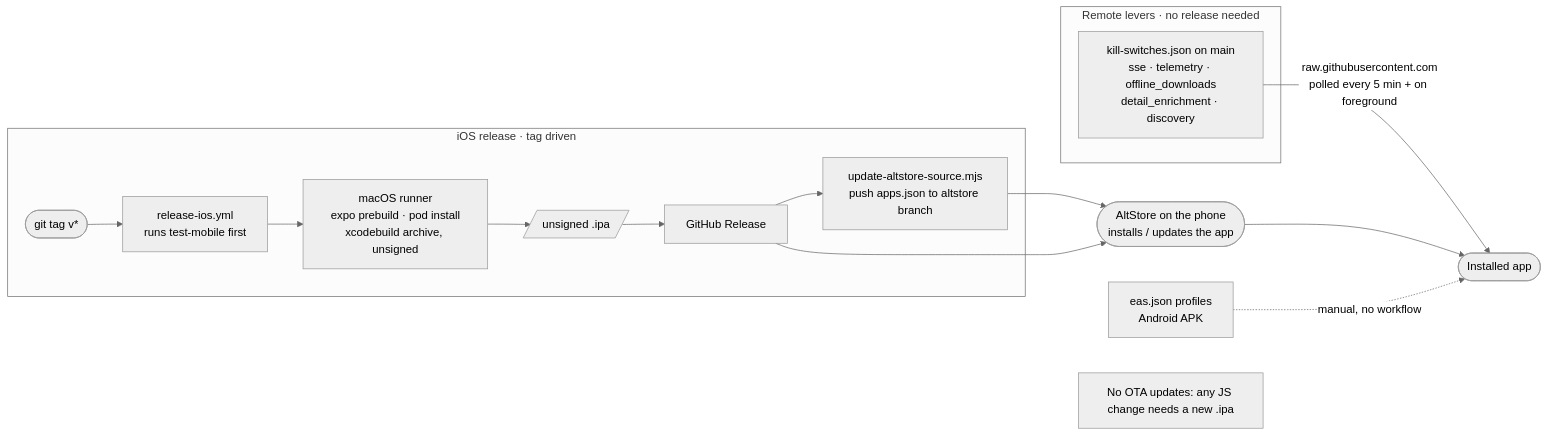
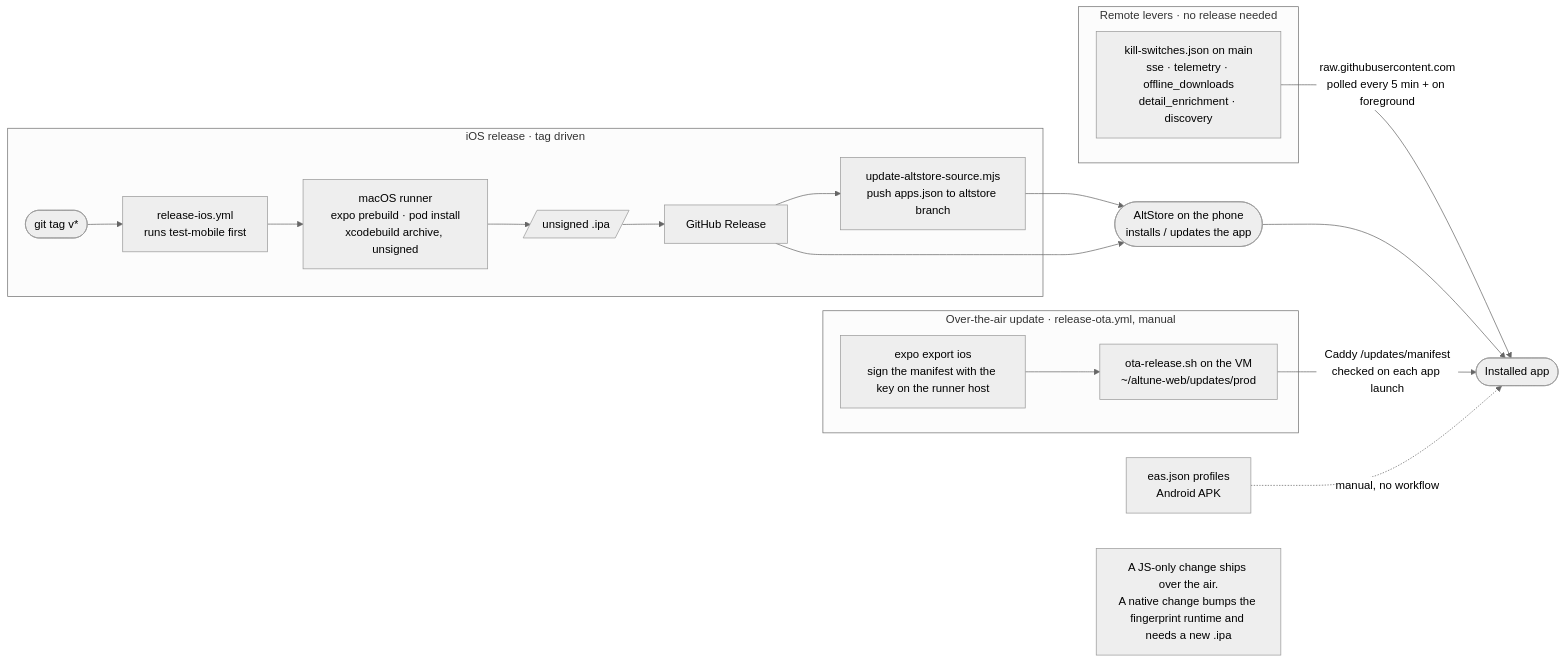
One commit to aleburrascano/altune changed the second of 2 diagrams in docs/diagrams/delivery.md. Above: the diagram before and after it, drawn with Mermaid (neutral theme). The commit also changed other lines of this file and 16 other files, not shown here.

````diff
--- a/docs/diagrams/delivery.md
+++ b/docs/diagrams/delivery.md
@@ -54,25 +54,31 @@
 ```mermaid
 flowchart LR
     subgraph ios [iOS release · tag driven]
         tag(["git tag v*"]) --> verify["release-ios.yml<br/>runs test-mobile first"]
         verify --> build["macOS runner<br/>expo prebuild · pod install<br/>xcodebuild archive, unsigned"]
         build --> ipa[/"unsigned .ipa"/]
         ipa --> release["GitHub Release"]
         release --> source["update-altstore-source.mjs<br/>push apps.json to altstore branch"]
     end
 
     source --> altstore(["AltStore on the phone<br/>installs / updates the app"])
     release --> altstore
 
     subgraph remote [Remote levers · no release needed]
         ks["kill-switches.json on main<br/>sse · telemetry · offline_downloads<br/>detail_enrichment · discovery"]
     end
 
     ks -->|raw.githubusercontent.com<br/>polled every 5 min + on foreground| app(["Installed app"])
     altstore --> app
 
+    subgraph ota [Over-the-air update · release-ota.yml, manual]
+        export["expo export ios<br/>sign the manifest with the key on the runner host"] --> otaship["ota-release.sh on the VM<br/>~/altune-web/updates/prod"]
+    end
+
+    otaship -->|Caddy /updates/manifest<br/>checked on each app launch| app
+
     eas["eas.json profiles<br/>Android APK"] -.->|manual, no workflow| app
 
-    note["No OTA updates: any JS change needs a new .ipa"]
+    note["A JS-only change ships over the air.<br/>A native change bumps the fingerprint runtime and needs a new .ipa"]
     note ~~~ app
 ```
````
